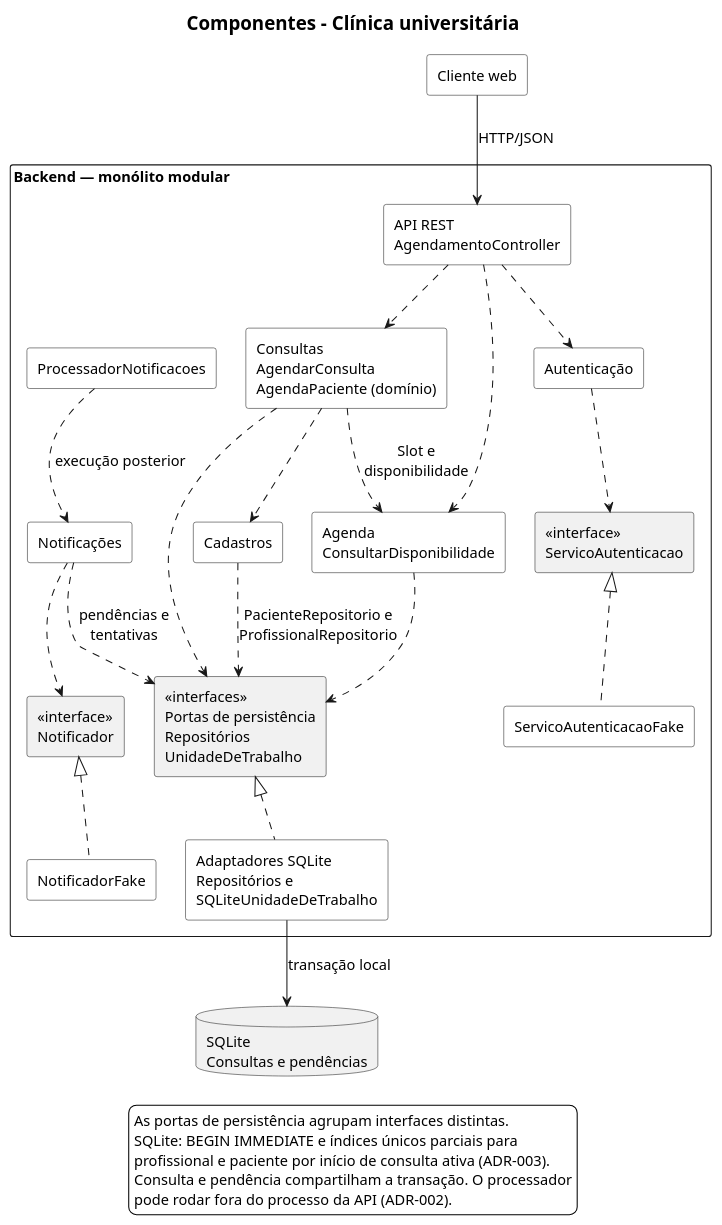
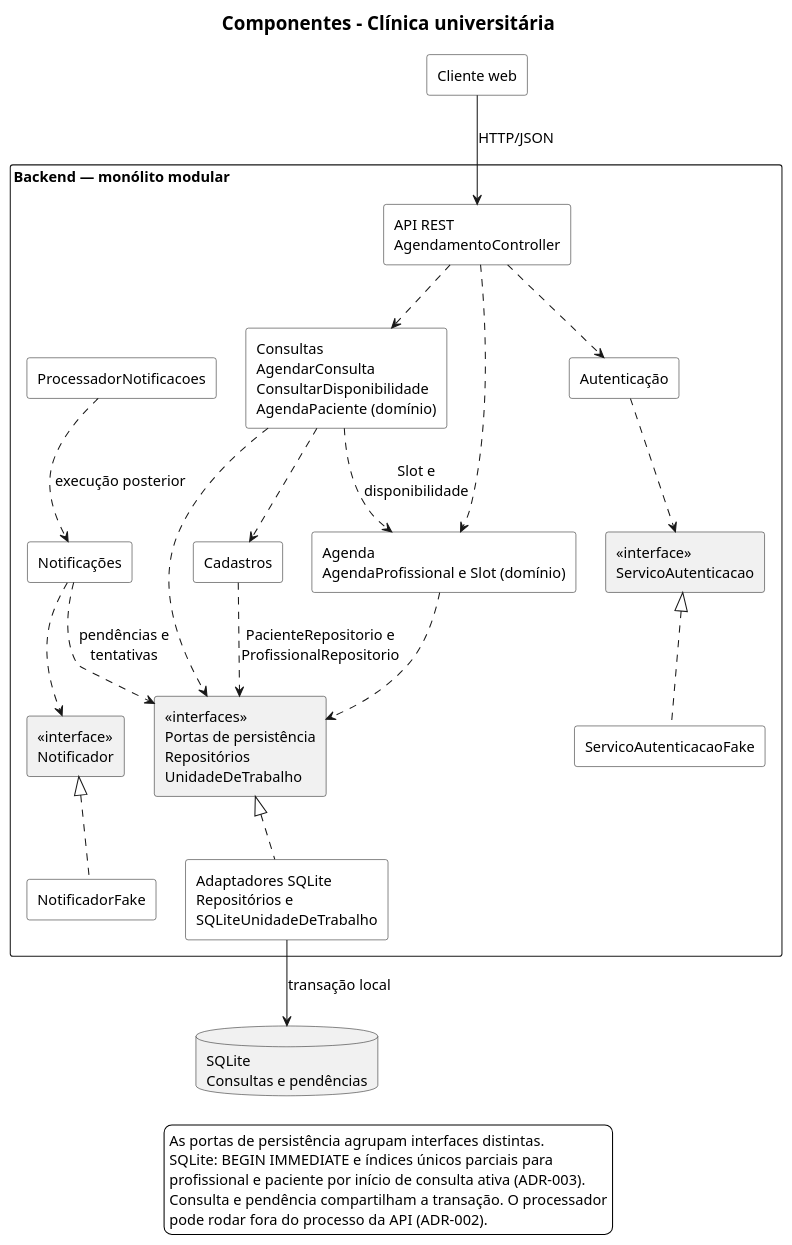
The diagram in docs/diagramas/componentes.puml (luizeduarte/agenda-clinica), drawn with PlantUML before and after one commit. The commit also changed 37 other files, not shown here.

```diff
--- a/docs/diagramas/componentes.puml
+++ b/docs/diagramas/componentes.puml
@@ -1,66 +1,66 @@
 @startuml componentes
 
 skinparam monochrome true
 skinparam shadowing false
 skinparam defaultFontName SansSerif
 skinparam defaultFontSize 14
 skinparam titleFontSize 18
 skinparam componentStyle rectangle
 skinparam componentBackgroundColor white
 skinparam packageStyle rectangle
 skinparam packageTitleAlignment left
 skinparam packageBackgroundColor white
 skinparam legendBackgroundColor white
 skinparam nodesep 28
 
 title Componentes - Clínica universitária
 
 component "Cliente web" as Web
 
 package "Backend — monólito modular" {
   component "API REST\nAgendamentoController" as API
-  component "Consultas\nAgendarConsulta\nAgendaPaciente (domínio)" as Consultas
-  component "Agenda\nConsultarDisponibilidade" as Agenda
+  component "Consultas\nAgendarConsulta\nConsultarDisponibilidade\nAgendaPaciente (domínio)" as Consultas
+  component "Agenda\nAgendaProfissional e Slot (domínio)" as Agenda
   component Cadastros
   component "Notificações" as Notificacoes
   component "Autenticação" as Autenticacao
 
   rectangle "«interfaces»\nPortas de persistência\nRepositórios\nUnidadeDeTrabalho" as Dados
   rectangle "«interface»\nNotificador" as Notificador
   rectangle "«interface»\nServicoAutenticacao" as ServicoAutenticacao
   component "Adaptadores SQLite\nRepositórios e\nSQLiteUnidadeDeTrabalho" as SQLite
   component NotificadorFake
   component ServicoAutenticacaoFake
   component ProcessadorNotificacoes
 }
 
 database "SQLite\nConsultas e pendências" as Banco
 
 Web -down-> API : HTTP/JSON
 API ..> Consultas
 API ..> Agenda
 API ..> Autenticacao
 Consultas ..> Agenda : Slot e\ndisponibilidade
 Consultas ..> Cadastros
 Consultas ..> Dados
 Agenda ..> Dados
 Cadastros ..> Dados : PacienteRepositorio e\nProfissionalRepositorio
 Autenticacao ..> ServicoAutenticacao
 ServicoAutenticacaoFake .up.|> ServicoAutenticacao
 
 ProcessadorNotificacoes ..> Notificacoes : execução posterior
 Notificacoes ..> Dados : pendências e\ntentativas
 Notificacoes ..> Notificador
 NotificadorFake .up.|> Notificador
 
 SQLite .up.|> Dados
 SQLite -down-> Banco : transação local
 
 legend bottom
   As portas de persistência agrupam interfaces distintas.
   SQLite: BEGIN IMMEDIATE e índices únicos parciais para
   profissional e paciente por início de consulta ativa (ADR-003).
   Consulta e pendência compartilham a transação. O processador
   pode rodar fora do processo da API (ADR-002).
 endlegend
 @enduml
```
